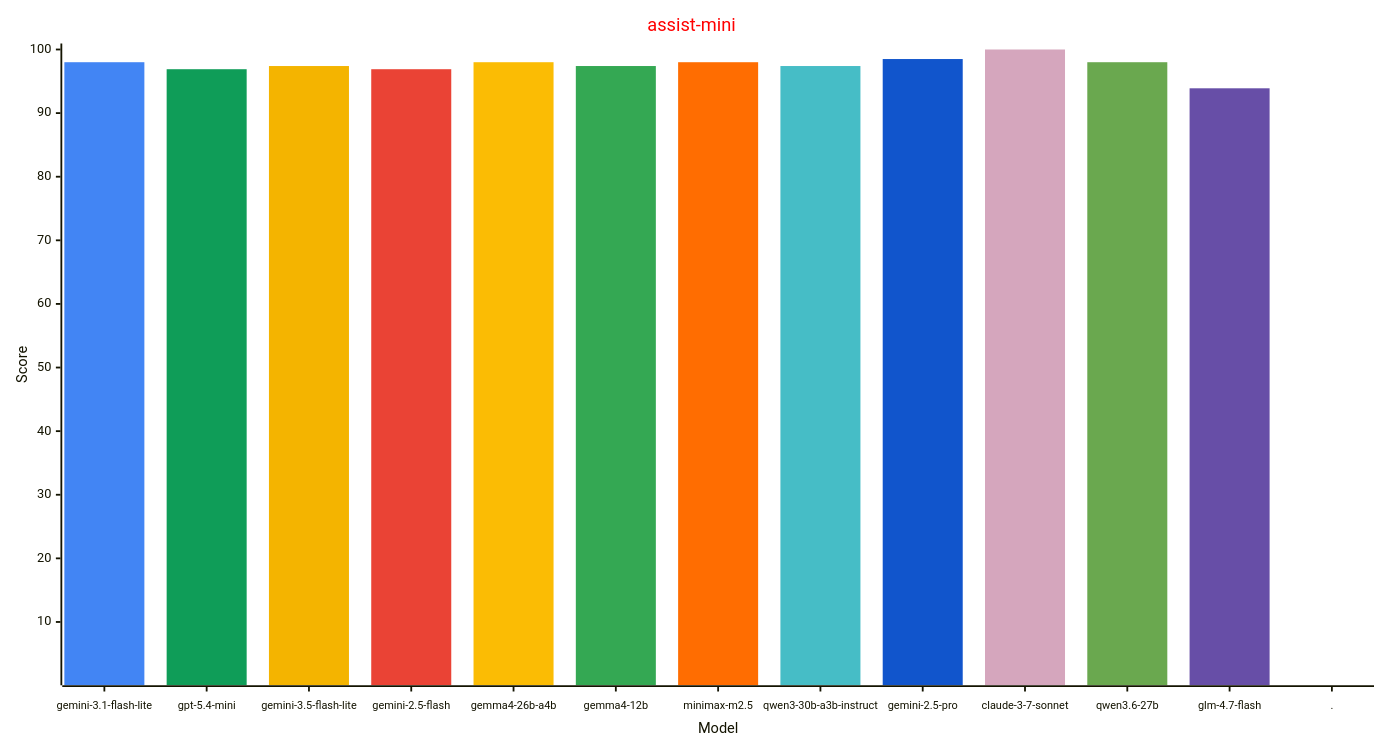
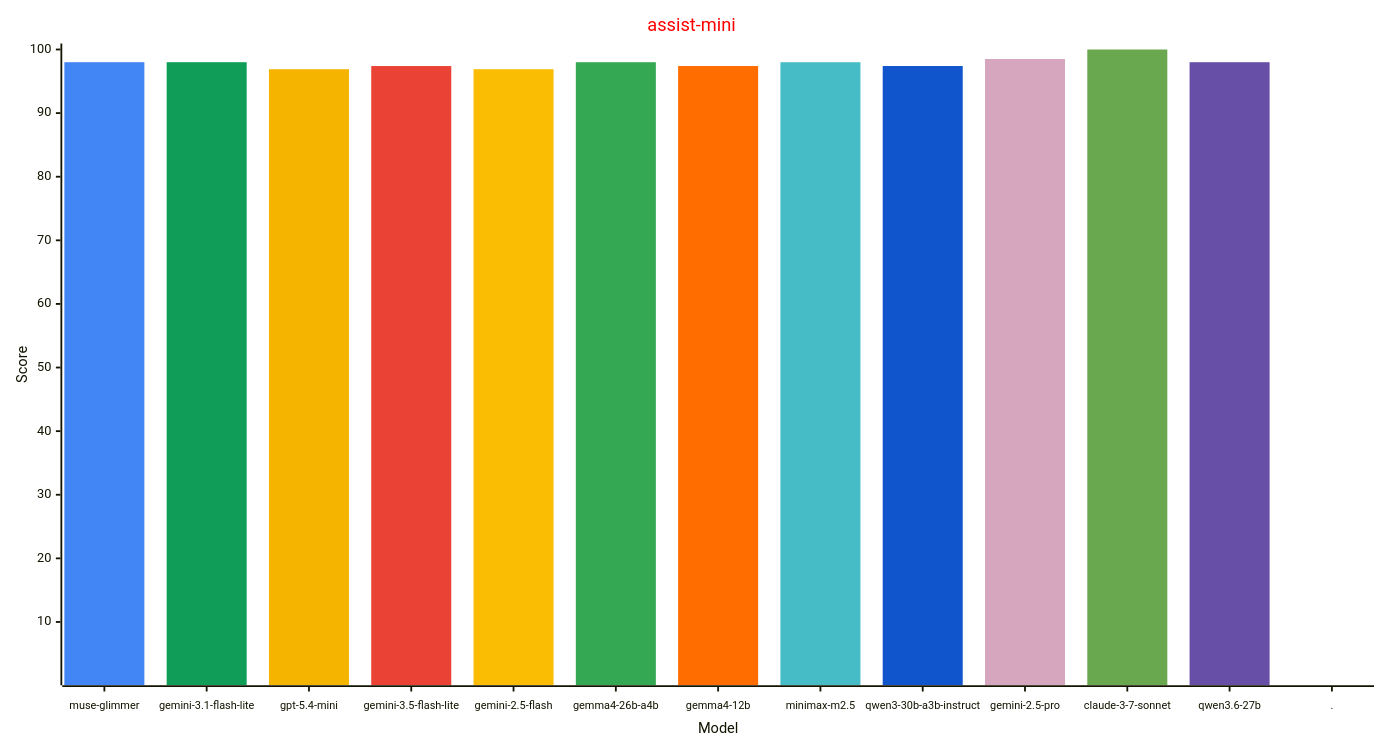
One commit to allenporter/home-assistant-datasets changed the second of 4 diagrams in reports/README.md. Above: the diagram before and after it, drawn with Mermaid. The commit also changed other lines of this file and 1087 other files, not shown here.

First line of the commit message:
Add report for Muse Glimmer (#339)

````diff
--- a/reports/README.md
+++ b/reports/README.md
@@ -130,33 +131,33 @@
 ```mermaid
 ---
 config:
     xyChart:
         width: 1500
         height: 800
         xAxis:
           labelFontSize: 12
           labelPadding: 8
     themeVariables:
         xyChart:
             titleColor: "#ff0000"
             plotColorPalette: "#4285f4, #0f9d58, #f4b400, #ea4335, #fbbc04, #34a853, #ff6d01, #46bdc6, #1155cc, #d5a6bd, #6aa84f, #674ea7, #4285f4"
 
 ---
 xychart-beta
   title "assist-mini"
-  x-axis "Model" [gemini-3.1-flash-lite, gpt-5.4-mini, gemini-3.5-flash-lite, gemini-2.5-flash, gemma4-26b-a4b, gemma4-12b, minimax-m2.5, qwen3-30b-a3b-instruct, gemini-2.5-pro, claude-3-7-sonnet, qwen3.6-27b, glm-4.7-flash, .]
+  x-axis "Model" [muse-glimmer, gemini-3.1-flash-lite, gpt-5.4-mini, gemini-3.5-flash-lite, gemini-2.5-flash, gemma4-26b-a4b, gemma4-12b, minimax-m2.5, qwen3-30b-a3b-instruct, gemini-2.5-pro, claude-3-7-sonnet, qwen3.6-27b, .]
   y-axis "Score" 1 --> 100
   bar [98.0, 0.0, 0.0, 0.0, 0.0, 0.0, 0.0, 0.0, 0.0, 0.0, 0.0, 0.0, 0.0]
-  bar [0.0, 96.9, 0.0, 0.0, 0.0, 0.0, 0.0, 0.0, 0.0, 0.0, 0.0, 0.0, 0.0]
-  bar [0.0, 0.0, 97.4, 0.0, 0.0, 0.0, 0.0, 0.0, 0.0, 0.0, 0.0, 0.0, 0.0]
-  bar [0.0, 0.0, 0.0, 96.9, 0.0, 0.0, 0.0, 0.0, 0.0, 0.0, 0.0, 0.0, 0.0]
-  bar [0.0, 0.0, 0.0, 0.0, 98.0, 0.0, 0.0, 0.0, 0.0, 0.0, 0.0, 0.0, 0.0]
-  bar [0.0, 0.0, 0.0, 0.0, 0.0, 97.4, 0.0, 0.0, 0.0, 0.0, 0.0, 0.0, 0.0]
-  bar [0.0, 0.0, 0.0, 0.0, 0.0, 0.0, 98.0, 0.0, 0.0, 0.0, 0.0, 0.0, 0.0]
-  bar [0.0, 0.0, 0.0, 0.0, 0.0, 0.0, 0.0, 97.4, 0.0, 0.0, 0.0, 0.0, 0.0]
-  bar [0.0, 0.0, 0.0, 0.0, 0.0, 0.0, 0.0, 0.0, 98.5, 0.0, 0.0, 0.0, 0.0]
-  bar [0.0, 0.0, 0.0, 0.0, 0.0, 0.0, 0.0, 0.0, 0.0, 100.0, 0.0, 0.0, 0.0]
-  bar [0.0, 0.0, 0.0, 0.0, 0.0, 0.0, 0.0, 0.0, 0.0, 0.0, 98.0, 0.0, 0.0]
-  bar [0.0, 0.0, 0.0, 0.0, 0.0, 0.0, 0.0, 0.0, 0.0, 0.0, 0.0, 93.9, 0.0]
+  bar [0.0, 98.0, 0.0, 0.0, 0.0, 0.0, 0.0, 0.0, 0.0, 0.0, 0.0, 0.0, 0.0]
+  bar [0.0, 0.0, 96.9, 0.0, 0.0, 0.0, 0.0, 0.0, 0.0, 0.0, 0.0, 0.0, 0.0]
+  bar [0.0, 0.0, 0.0, 97.4, 0.0, 0.0, 0.0, 0.0, 0.0, 0.0, 0.0, 0.0, 0.0]
+  bar [0.0, 0.0, 0.0, 0.0, 96.9, 0.0, 0.0, 0.0, 0.0, 0.0, 0.0, 0.0, 0.0]
+  bar [0.0, 0.0, 0.0, 0.0, 0.0, 98.0, 0.0, 0.0, 0.0, 0.0, 0.0, 0.0, 0.0]
+  bar [0.0, 0.0, 0.0, 0.0, 0.0, 0.0, 97.4, 0.0, 0.0, 0.0, 0.0, 0.0, 0.0]
+  bar [0.0, 0.0, 0.0, 0.0, 0.0, 0.0, 0.0, 98.0, 0.0, 0.0, 0.0, 0.0, 0.0]
+  bar [0.0, 0.0, 0.0, 0.0, 0.0, 0.0, 0.0, 0.0, 97.4, 0.0, 0.0, 0.0, 0.0]
+  bar [0.0, 0.0, 0.0, 0.0, 0.0, 0.0, 0.0, 0.0, 0.0, 98.5, 0.0, 0.0, 0.0]
+  bar [0.0, 0.0, 0.0, 0.0, 0.0, 0.0, 0.0, 0.0, 0.0, 0.0, 100.0, 0.0, 0.0]
+  bar [0.0, 0.0, 0.0, 0.0, 0.0, 0.0, 0.0, 0.0, 0.0, 0.0, 0.0, 98.0, 0.0]
   bar [0.0, 0.0, 0.0, 0.0, 0.0, 0.0, 0.0, 0.0, 0.0, 0.0, 0.0, 0.0, -1.0]
 ```
````
